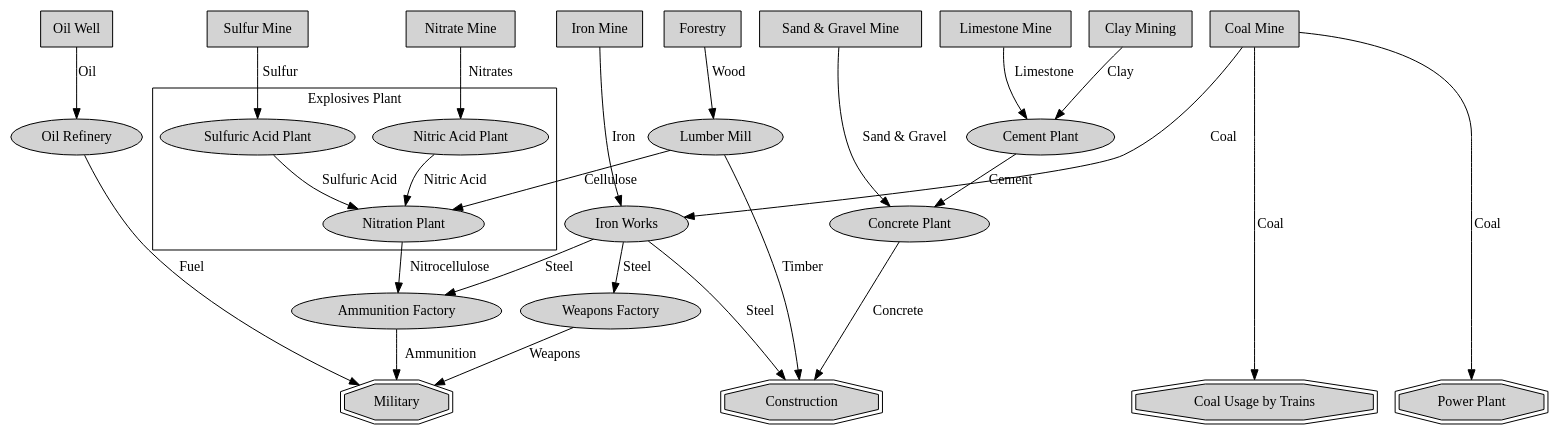
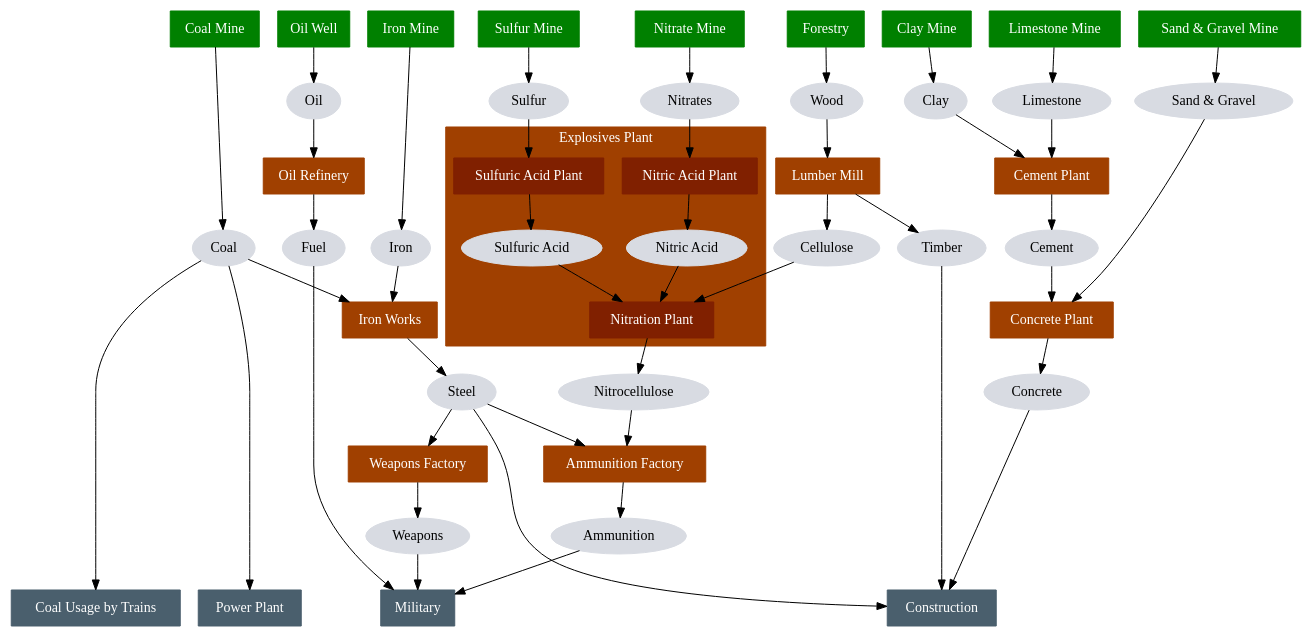
One commit to jurisk/train-simulator changed the diagram in flow.dot. Above: the diagram before and after it, drawn with Graphviz.

Commit message:
Refactor flow

```diff
--- a/flow.dot
+++ b/flow.dot
@@ -1,63 +1,130 @@
 digraph G {
-    node [shape = box, style = filled];
+    node [style = filled, fontcolor = white];
+
+    # Raw materials extraction
+    node [shape = box, color = green];
     CoalMine [label = "Coal Mine"];
     IronMine [label = "Iron Mine"];
     Forestry [label = "Forestry"];
     SulfurMine [label = "Sulfur Mine"];
     NitrateMine [label = "Nitrate Mine"];
     OilWell [label = "Oil Well"];
     LimestoneMine [label = "Limestone Mine"];
-    ClayMining [label = "Clay Mining"];
+    ClayMine [label = "Clay Mine"];
     SandAndGravelMine [label = "Sand & Gravel Mine"];
-    { rank = same; CoalMine; IronMine; Forestry; SulfurMine; NitrateMine; OilWell; LimestoneMine; ClayMining; SandAndGravelMine; }
+    { rank = same; CoalMine; IronMine; Forestry; SulfurMine; NitrateMine; OilWell; LimestoneMine; ClayMine; SandAndGravelMine; }
 
-    node [shape = ellipse, style = filled];
+    node [shape = box, color = "#a04000"];
     # https://en.wikipedia.org/wiki/Basic_oxygen_steelmaking
     IronWorks [label = "Iron Works"];
     WeaponsFactory [label = "Weapons Factory"];
     LumberMill [label = "Lumber Mill"];
     AmmunitionFactory [label = "Ammunition Factory"];
     OilRefinery [label = "Oil Refinery"];
     CementPlant [label = "Cement Plant"];
     ConcretePlant [label = "Concrete Plant"];
 
     subgraph cluster_ExplosivesPlant {
+        # This is being built together as otherwise it becomes too much micro-management
+        style = filled;
+        color = "#a04000";
+        fontcolor = white;
         label = "Explosives Plant";
-        node [shape = ellipse];
+        node [shape = box, color = "#802000", fontcolor = white];
+
         NitricAcidPlant [label = "Nitric Acid Plant"];
         SulfuricAcidPlant [label = "Sulfuric Acid Plant"];
         NitrationPlant [label = "Nitration Plant"];
+
+        node [shape = ellipse, color = "#D8DBE2", fontcolor = black, style = filled];
+        NitricAcid [label = "Nitric Acid"];
+        SulfuricAcid [label = "Sulfuric Acid"];
     }
 
-    node [shape = doubleoctagon, style = filled];
+    # Final consumers
+    node [shape = box, color = "#4A5F6D"];
     Construction [label = "Construction"];
     Military [label = "Military"];
     CoalUsageByTrains [label = "Coal Usage by Trains"]
     PowerPlant [label = "Power Plant"];
     { rank = same; Construction; Military; CoalUsageByTrains; PowerPlant; }
 
-    CoalMine -> IronWorks [label = "Coal"];
-    IronMine -> IronWorks [label = "Iron"];
-    NitrateMine -> NitricAcidPlant [label = "Nitrates"];
-    SulfurMine -> SulfuricAcidPlant [label = "Sulfur"];
-    Forestry -> LumberMill [label = "Wood"];
-    LumberMill -> NitrationPlant [label = "Cellulose"];
-    NitricAcidPlant -> NitrationPlant [label = "Nitric Acid"];
-    SulfuricAcidPlant -> NitrationPlant [label = "Sulfuric Acid"];
-    NitrationPlant -> AmmunitionFactory [label = "Nitrocellulose"];
-    AmmunitionFactory -> Military [label = "Ammunition"];
-    IronWorks -> AmmunitionFactory [label = "Steel"];
-    WeaponsFactory -> Military [label = "Weapons"];
-    IronWorks -> WeaponsFactory [label = "Steel"];
-    IronWorks -> Construction [label = "Steel"];
-    LumberMill -> Construction [label = "Timber"];
-    CoalMine -> CoalUsageByTrains [label = "Coal"];
-    OilWell -> OilRefinery [label = "Oil"];
-    LimestoneMine -> CementPlant [label = "Limestone"];
-    ClayMining -> CementPlant [label = "Clay"];
-    CementPlant -> ConcretePlant [label = "Cement"];
-    SandAndGravelMine -> ConcretePlant [label = "Sand & Gravel"];
-    ConcretePlant -> Construction [label = "Concrete"];
-    OilRefinery -> Military [label = "Fuel"];
-    CoalMine -> PowerPlant [label = "Coal"];
+    node [shape = ellipse, color = "#D8DBE2", fontcolor = black];
+    Coal [label = "Coal"];
+    Iron [label = "Iron"];
+    Oil [label = "Oil"];
+    Fuel [label = "Fuel"];
+    Nitrates [label = "Nitrates"];
+    Sulfur [label = "Sulfur"];
+    Nitrocellulose [label = "Nitrocellulose"];
+    Timber [label = "Timber"];
+    Cellulose [label = "Cellulose"];
+    Concrete [label = "Concrete"];
+    Cement [label = "Cement"];
+    SandAndGravel [label = "Sand & Gravel"];
+    Clay [label = "Clay"];
+    Limestone [label = "Limestone"];
+    Weapons [label = "Weapons"];
+    Ammunition [label = "Ammunition"];
+    Steel [label = "Steel"];
+
+    CoalMine -> Coal;
+    Coal -> IronWorks;
+    Coal -> CoalUsageByTrains;
+    Coal -> PowerPlant;
+
+    IronMine -> Iron;
+    Iron -> IronWorks;
+
+    OilWell -> Oil;
+    Oil -> OilRefinery;
+    OilRefinery -> Fuel;
+    Fuel -> Military;
+
+    NitrateMine -> Nitrates;
+    Nitrates -> NitricAcidPlant;
+
+    SulfurMine -> Sulfur;
+    Sulfur -> SulfuricAcidPlant;
+
+    Forestry -> Wood;
+    Wood -> LumberMill;
+    LumberMill -> Cellulose;
+    Cellulose -> NitrationPlant;
+    LumberMill -> Timber;
+    Timber -> Construction;
+
+    NitricAcidPlant -> NitricAcid;
+    NitricAcid -> NitrationPlant;
+
+    SulfuricAcidPlant -> SulfuricAcid;
+    SulfuricAcid -> NitrationPlant;
+
+    NitrationPlant -> Nitrocellulose;
+    Nitrocellulose -> AmmunitionFactory;
+
+    AmmunitionFactory -> Ammunition;
+    Ammunition -> Military;
+    WeaponsFactory -> Weapons;
+    Weapons -> Military;
+
+    IronWorks -> Steel;
+    Steel -> AmmunitionFactory;
+    Steel -> WeaponsFactory;
+    Steel -> Construction;
+
+    LimestoneMine -> Limestone;
+    Limestone -> CementPlant;
+
+    ClayMine -> Clay;
+    Clay -> CementPlant;
+
+    CementPlant -> Cement;
+    Cement -> ConcretePlant;
+
+    SandAndGravelMine -> SandAndGravel;
+    SandAndGravel -> ConcretePlant;
+
+    ConcretePlant -> Concrete;
+    Concrete -> Construction;
 }
```
